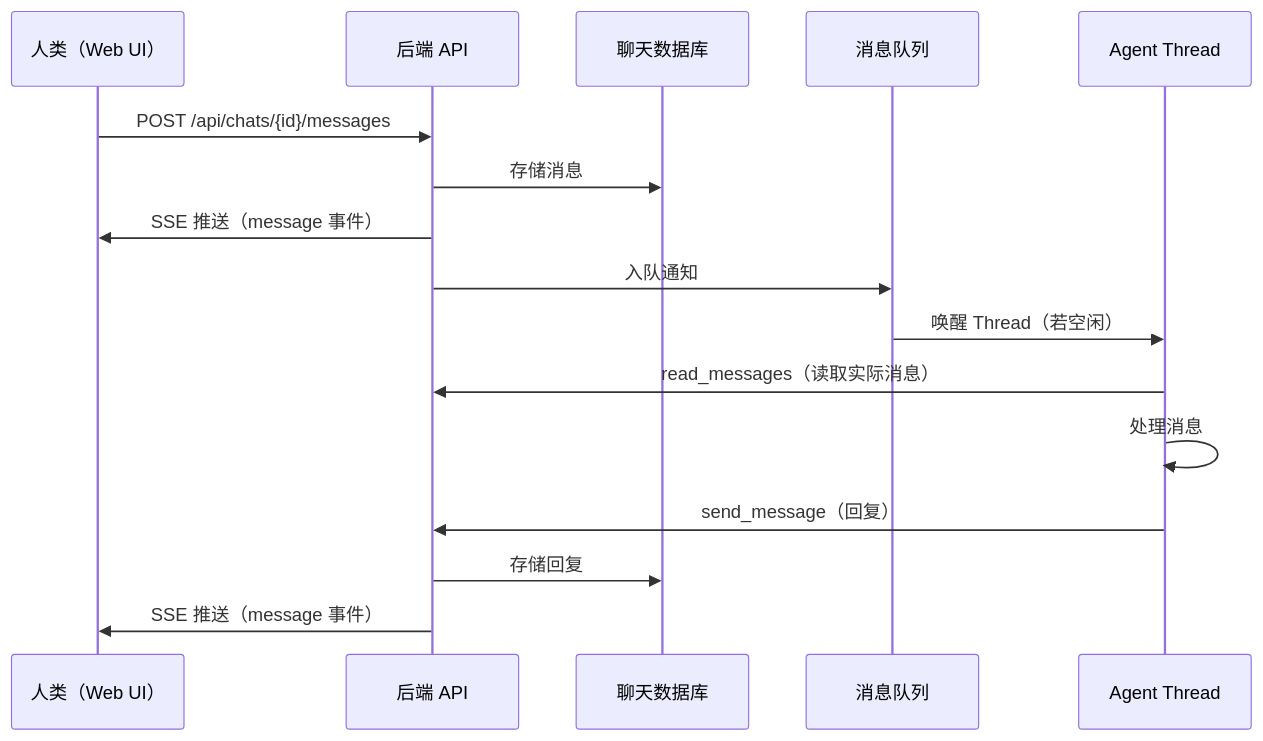
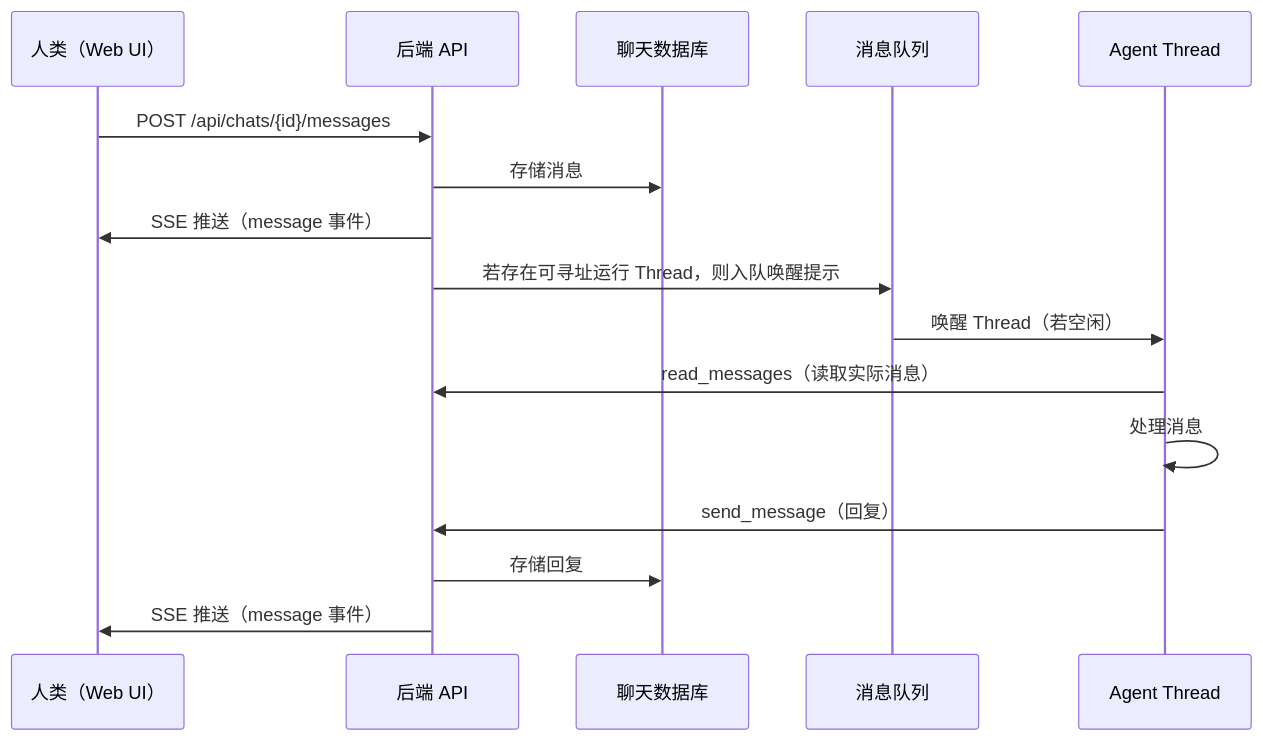
One commit to OpenDCAI/Mycel changed the second of 2 diagrams in docs/zh/multi-agent-chat.mdx. Above: the diagram before and after it, drawn with Mermaid. The commit also changed other lines of this file and 3 other files, not shown here.

````diff
--- a/docs/zh/multi-agent-chat.mdx
+++ b/docs/zh/multi-agent-chat.mdx
@@ -101,19 +103,19 @@
 ```mermaid
 sequenceDiagram
     participant H as 人类（Web UI）
     participant API as 后端 API
     participant DB as 聊天数据库
     participant Q as 消息队列
     participant T as Agent Thread
 
     H->>API: POST /api/chats/{id}/messages
     API->>DB: 存储消息
     API->>H: SSE 推送（message 事件）
-    API->>Q: 入队通知
+    API->>Q: 若存在可寻址运行 Thread，则入队唤醒提示
     Q->>T: 唤醒 Thread（若空闲）
     T->>API: read_messages（读取实际消息）
     T->>T: 处理消息
     T->>API: send_message（回复）
     API->>DB: 存储回复
     API->>H: SSE 推送（message 事件）
 ```
````
